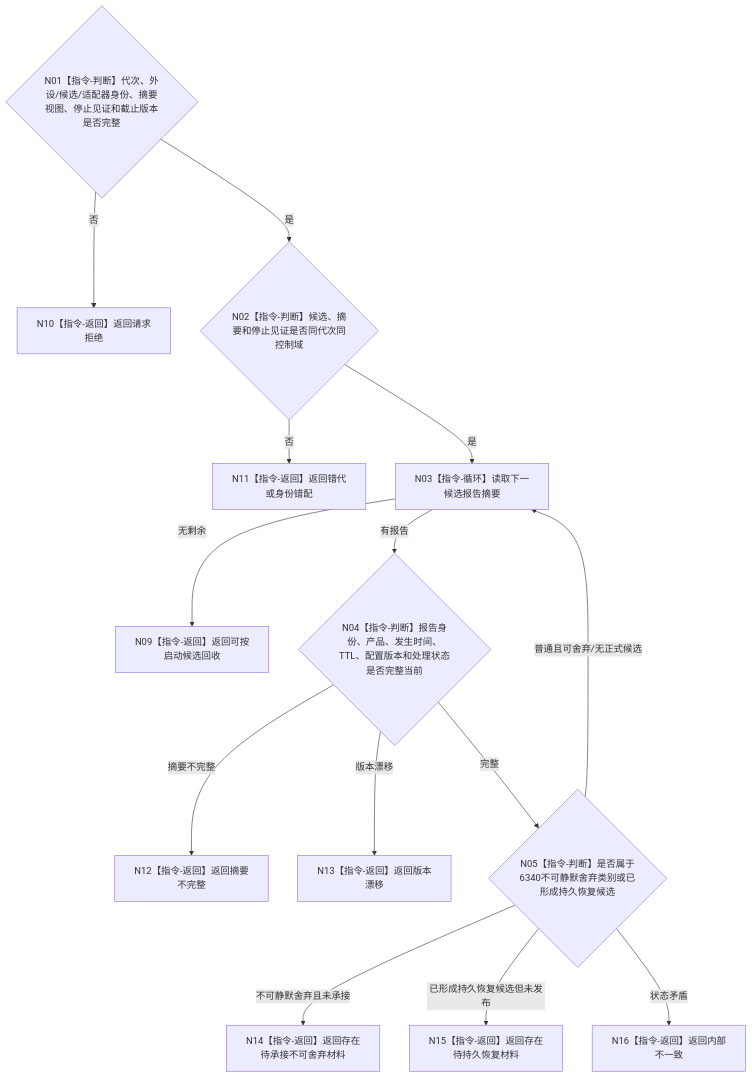
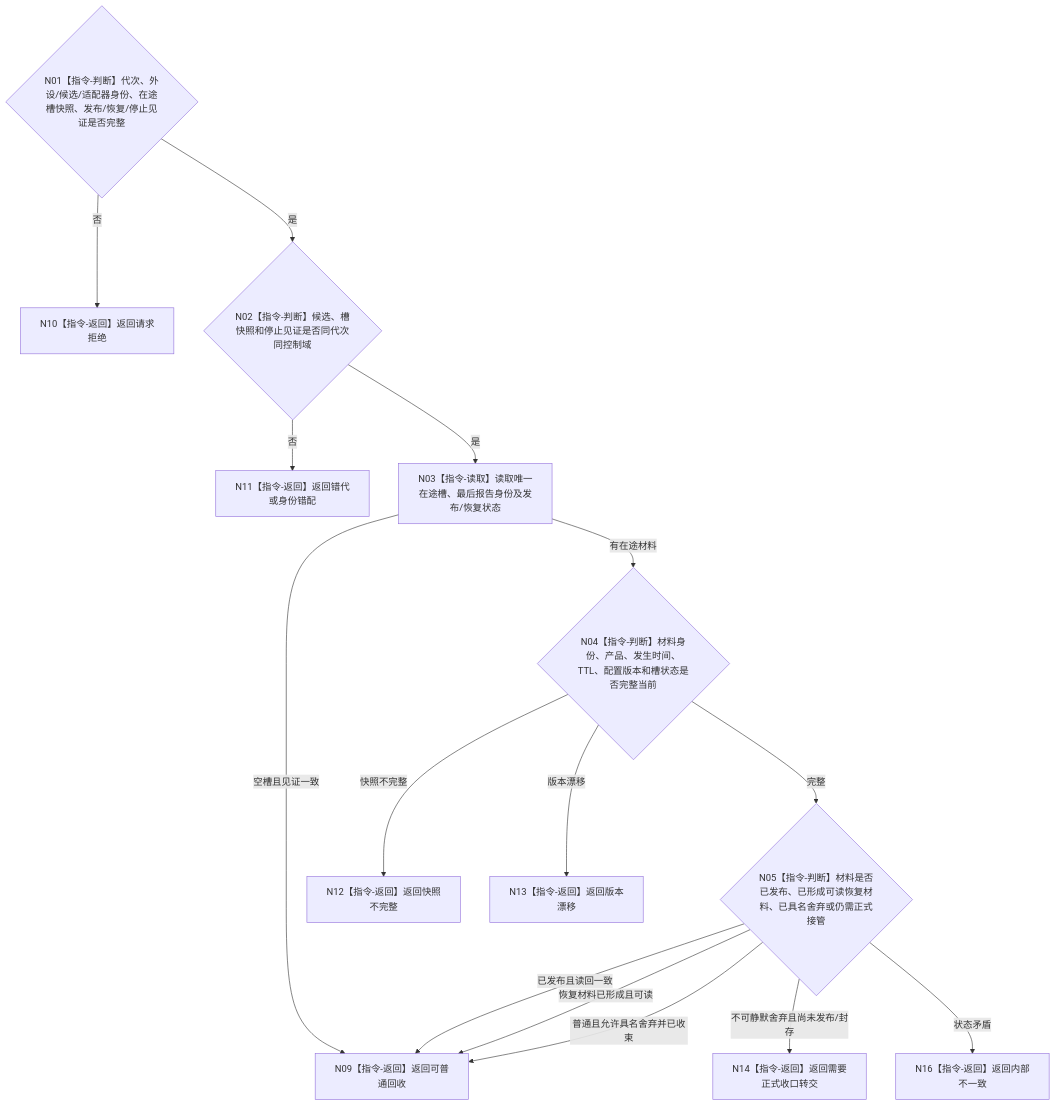
The diagram in 流程图/目标业务流程图/L4/BIZ-L4-001-07-02-02_复核候选未产生待承接不可舍弃材料_目标函数流程图_v0.1.md (chunhaizh-cyber/HY-Ego), drawn with Mermaid before and after one commit. The commit also changed other lines of this file and 17 other files, not shown here.

````diff
--- a/流程图/目标业务流程图/L4/BIZ-L4-001-07-02-02_复核候选未产生待承接不可舍弃材料_目标函数流程图_v0.1.md
+++ b/流程图/目标业务流程图/L4/BIZ-L4-001-07-02-02_复核候选未产生待承接不可舍弃材料_目标函数流程图_v0.1.md
@@ -30,16 +30,17 @@
 ```mermaid
 flowchart TD
- N01{"N01【指令-判断】代次、外设/候选/适配器身份、摘要视图、停止见证和截止版本是否完整"} -->|否| N10["N10【指令-返回】返回请求拒绝"]
- N01 -->|是| N02{"N02【指令-判断】候选、摘要和停止见证是否同代次同控制域"}
+ N01{"N01【指令-判断】代次、外设/候选/适配器身份、在途槽快照、发布/恢复/停止见证是否完整"} -->|否| N10["N10【指令-返回】返回请求拒绝"]
+ N01 -->|是| N02{"N02【指令-判断】候选、槽快照和停止见证是否同代次同控制域"}
  N02 -->|否| N11["N11【指令-返回】返回错代或身份错配"]
- N02 -->|是| N03["N03【指令-循环】读取下一候选报告摘要"]
- N03 -->|无剩余| N09["N09【指令-返回】返回可按启动候选回收"]
- N03 -->|有报告| N04{"N04【指令-判断】报告身份、产品、发生时间、TTL、配置版本和处理状态是否完整当前"}
- N04 -->|摘要不完整| N12["N12【指令-返回】返回摘要不完整"]
+ N02 -->|是| N03["N03【指令-读取】读取唯一在途槽、最后报告身份及发布/恢复状态"]
+ N03 -->|空槽且见证一致| N09["N09【指令-返回】返回可普通回收"]
+ N03 -->|有在途材料| N04{"N04【指令-判断】材料身份、产品、发生时间、TTL、配置版本和槽状态是否完整当前"}
+ N04 -->|快照不完整| N12["N12【指令-返回】返回快照不完整"]
  N04 -->|版本漂移| N13["N13【指令-返回】返回版本漂移"]
- N04 -->|完整| N05{"N05【指令-判断】是否属于6340不可静默舍弃类别或已形成持久恢复候选"}
- N05 -->|不可静默舍弃且未承接| N14["N14【指令-返回】返回存在待承接不可舍弃材料"]
- N05 -->|已形成持久恢复候选但未发布| N15["N15【指令-返回】返回存在待持久恢复材料"]
- N05 -->|普通且可舍弃/无正式候选| N03
+ N04 -->|完整| N05{"N05【指令-判断】材料是否已发布、已形成可读恢复材料、已具名舍弃或仍需正式接管"}
+ N05 -->|已发布且读回一致| N09
+ N05 -->|恢复材料已形成且可读| N09
+ N05 -->|普通且允许具名舍弃并已收束| N09
+ N05 -->|不可静默舍弃且尚未发布/封存| N14["N14【指令-返回】返回需要正式收口转交"]
  N05 -->|状态矛盾| N16["N16【指令-返回】返回内部不一致"]
 ```
````
